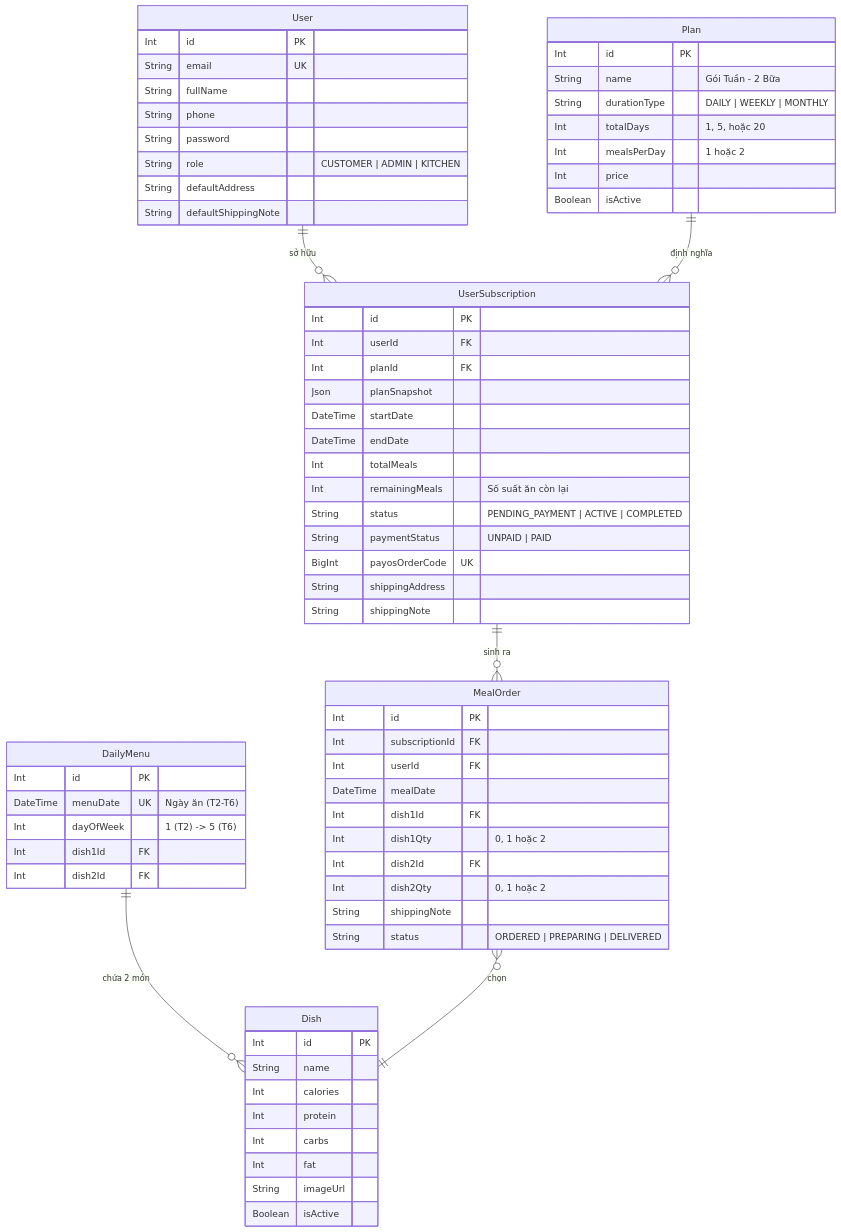
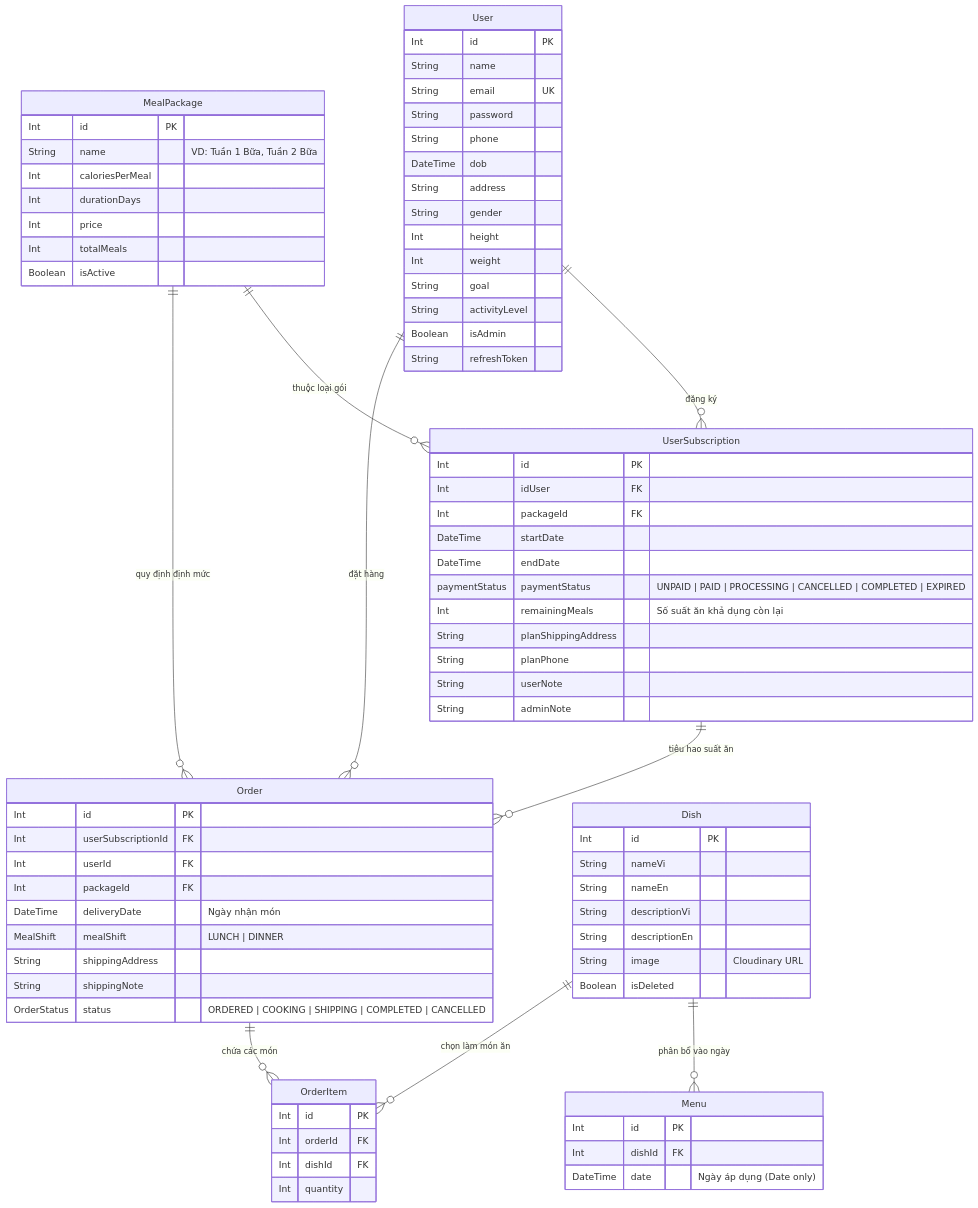
Before and after one commit to chrislethedimsum/dietdeli-2: the third of 3 diagrams in README.md, drawn with Mermaid. The commit also changed other lines of this file, not shown here.

Commit message:
docs: update README with detailed project overview, tech stack, and user journey

````diff
--- a/README.md
+++ b/README.md
@@ -67,77 +184,87 @@
 ```mermaid
 erDiagram
-    User ||--o{ UserSubscription : "sở hữu"
-    Plan ||--o{ UserSubscription : "định nghĩa"
-    UserSubscription ||--o{ MealOrder : "sinh ra"
-    DailyMenu ||--o{ Dish : "chứa 2 món"
-    MealOrder }o--|| Dish : "chọn"
+    User ||--o{ UserSubscription : "đăng ký"
+    User ||--o{ Order : "đặt hàng"
+    MealPackage ||--o{ UserSubscription : "thuộc loại gói"
+    MealPackage ||--o{ Order : "quy định định mức"
+    Dish ||--o{ Menu : "phân bổ vào ngày"
+    Dish ||--o{ OrderItem : "chọn làm món ăn"
+    UserSubscription ||--o{ Order : "tiêu hao suất ăn"
+    Order ||--o{ OrderItem : "chứa các món"
 
     User {
         Int id PK
+        String name
         String email UK
-        String fullName
+        String password
         String phone
-        String password
-        String role "CUSTOMER | ADMIN | KITCHEN"
-        String defaultAddress
-        String defaultShippingNote
+        DateTime dob
+        String address
+        String gender
+        Int height
+        Int weight
+        String goal
+        String activityLevel
+        Boolean isAdmin
+        String refreshToken
     }
 
-    Plan {
+    MealPackage {
         Int id PK
-        String name "Gói Tuần - 2 Bữa"
-        String durationType "DAILY | WEEKLY | MONTHLY"
-        Int totalDays "1, 5, hoặc 20"
-        Int mealsPerDay "1 hoặc 2"
+        String name "VD: Tuần 1 Bữa, Tuần 2 Bữa"
+        Int caloriesPerMeal
+        Int durationDays
         Int price
+        Int totalMeals
         Boolean isActive
     }
 
     Dish {
         Int id PK
-        String name
-        Int calories
-        Int protein
-        Int carbs
-        Int fat
-        String imageUrl
-        Boolean isActive
+        String nameVi
+        String nameEn
+        String descriptionVi
+        String descriptionEn
+        String image "Cloudinary URL"
+        Boolean isDeleted
     }
 
-    DailyMenu {
+    Menu {
         Int id PK
-        DateTime menuDate UK "Ngày ăn (T2-T6)"
-        Int dayOfWeek "1 (T2) -> 5 (T6)"
-        Int dish1Id FK
-        Int dish2Id FK
+        Int dishId FK
+        DateTime date "Ngày áp dụng (Date only)"
     }
 
     UserSubscription {
         Int id PK
-        Int userId FK
-        Int planId FK
-        Json planSnapshot
+        Int idUser FK
+        Int packageId FK
         DateTime startDate
         DateTime endDate
-        Int totalMeals
-        Int remainingMeals "Số suất ăn còn lại"
-        String status "PENDING_PAYMENT | ACTIVE | COMPLETED"
-        String paymentStatus "UNPAID | PAID"
-        BigInt payosOrderCode UK
+        paymentStatus paymentStatus "UNPAID | PAID | PROCESSING | CANCELLED | COMPLETED | EXPIRED"
+        Int remainingMeals "Số suất ăn khả dụng còn lại"
+        String planShippingAddress
+        String planPhone
+        String userNote
+        String adminNote
+    }
+
+    Order {
+        Int id PK
+        Int userSubscriptionId FK
+        Int userId FK
+        Int packageId FK
+        DateTime deliveryDate "Ngày nhận món"
+        MealShift mealShift "LUNCH | DINNER"
         String shippingAddress
         String shippingNote
+        OrderStatus status "ORDERED | COOKING | SHIPPING | COMPLETED | CANCELLED"
     }
 
-    MealOrder {
+    OrderItem {
         Int id PK
-        Int subscriptionId FK
-        Int userId FK
-        DateTime mealDate
-        Int dish1Id FK
-        Int dish1Qty "0, 1 hoặc 2"
-        Int dish2Id FK
-        Int dish2Qty "0, 1 hoặc 2"
-        String shippingNote
-        String status "ORDERED | PREPARING | DELIVERED"
+        Int orderId FK
+        Int dishId FK
+        Int quantity
     }
 ```
````
